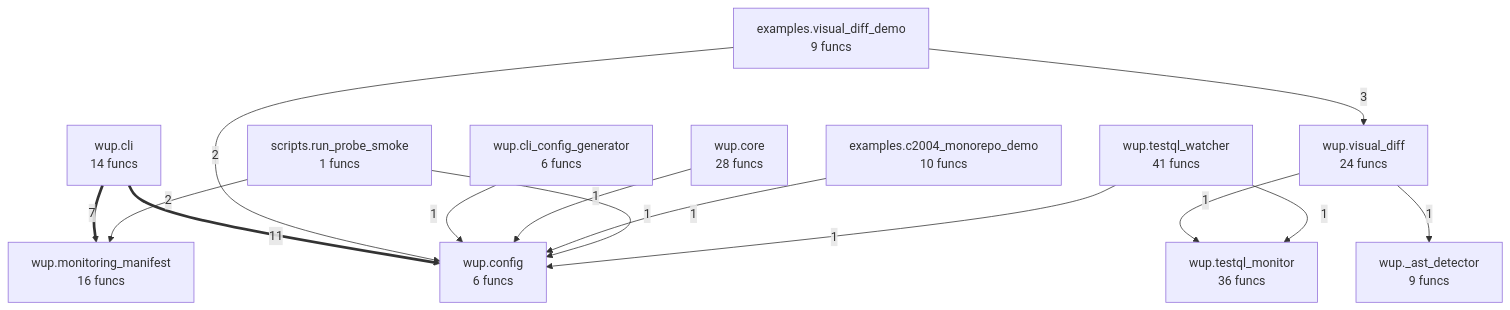
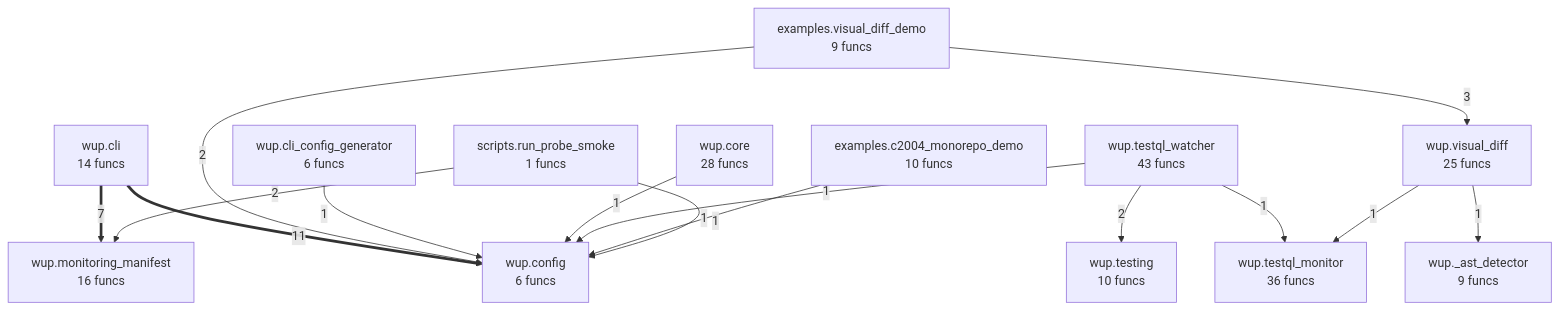
Before and after one commit to semcod/wup: the diagram in project/compact_flow.mmd, drawn with Mermaid. The commit also changed 38 other files, not shown here.

```diff
--- a/project/compact_flow.mmd
+++ b/project/compact_flow.mmd
@@ -1,27 +1,29 @@
 flowchart TD
 %% generated in 0.01s
     examples__c2004_monorepo_demo["examples.c2004_monorepo_demo<br/>10 funcs"]
     examples__visual_diff_demo["examples.visual_diff_demo<br/>9 funcs"]
     scripts__run_probe_smoke["scripts.run_probe_smoke<br/>1 funcs"]
     wup___ast_detector["wup._ast_detector<br/>9 funcs"]
     wup__cli["wup.cli<br/>14 funcs"]
     wup__cli_config_generator["wup.cli_config_generator<br/>6 funcs"]
     wup__config["wup.config<br/>6 funcs"]
     wup__core["wup.core<br/>28 funcs"]
     wup__monitoring_manifest["wup.monitoring_manifest<br/>16 funcs"]
+    wup__testing["wup.testing<br/>10 funcs"]
     wup__testql_monitor["wup.testql_monitor<br/>36 funcs"]
-    wup__testql_watcher["wup.testql_watcher<br/>41 funcs"]
-    wup__visual_diff["wup.visual_diff<br/>24 funcs"]
+    wup__testql_watcher["wup.testql_watcher<br/>43 funcs"]
+    wup__visual_diff["wup.visual_diff<br/>25 funcs"]
     wup__cli ==>|11| wup__config
     wup__cli ==>|7| wup__monitoring_manifest
     examples__visual_diff_demo -->|3| wup__visual_diff
+    wup__testql_watcher -->|2| wup__testing
     examples__visual_diff_demo -->|2| wup__config
     scripts__run_probe_smoke -->|2| wup__monitoring_manifest
     wup__cli_config_generator -->|1| wup__config
     wup__core -->|1| wup__config
+    wup__testql_watcher -->|1| wup__config
+    wup__testql_watcher -->|1| wup__testql_monitor
     wup__visual_diff -->|1| wup__testql_monitor
     wup__visual_diff -->|1| wup___ast_detector
     examples__c2004_monorepo_demo -->|1| wup__config
     scripts__run_probe_smoke -->|1| wup__config
-    wup__testql_watcher -->|1| wup__config
-    wup__testql_watcher -->|1| wup__testql_monitor
```
